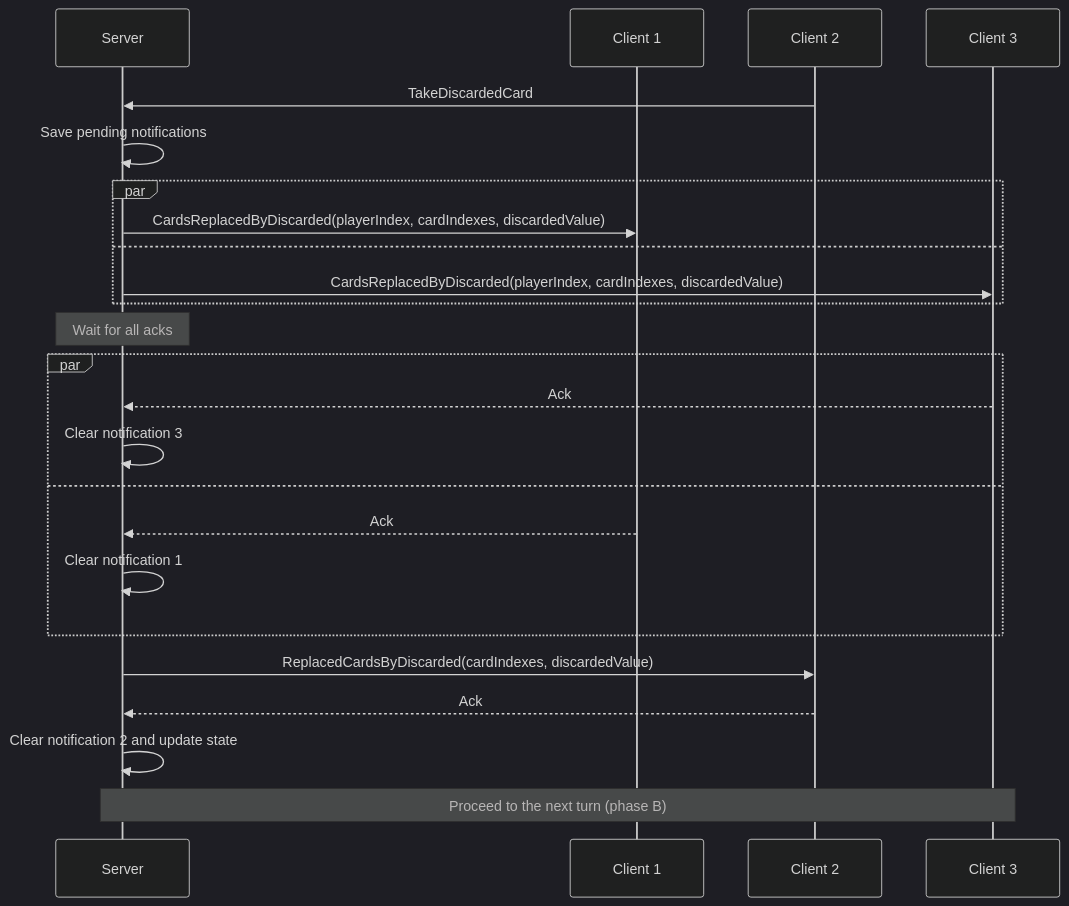
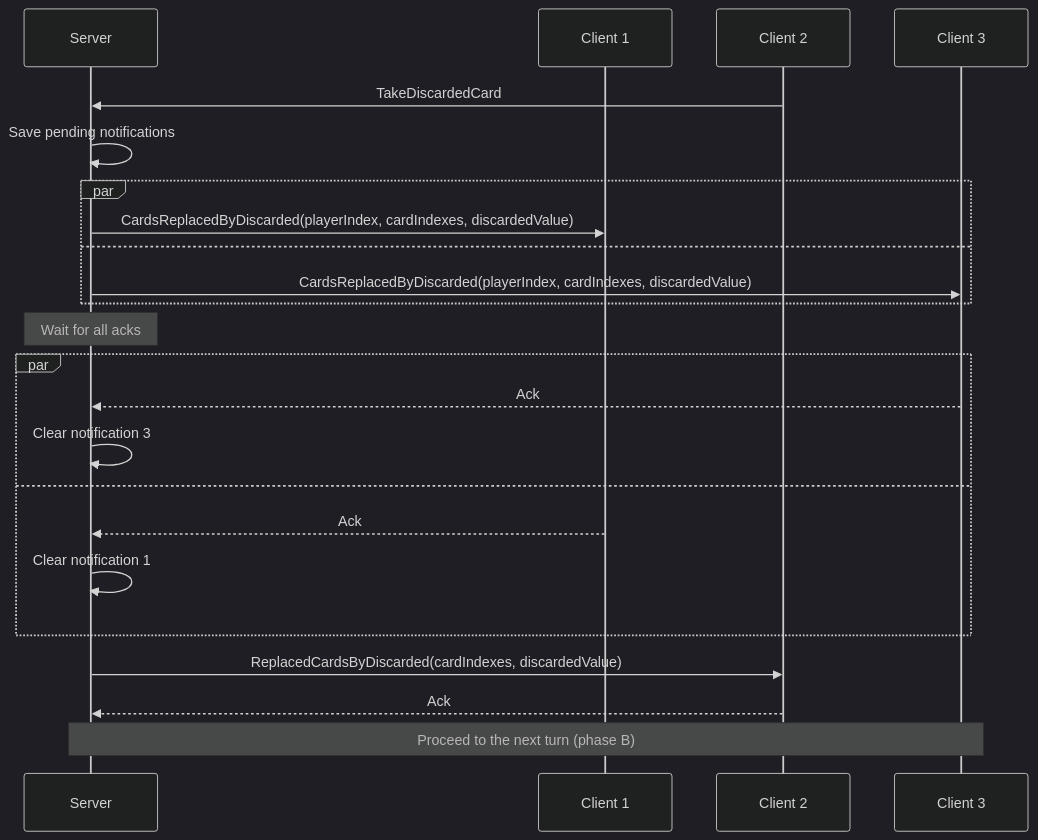
One commit to roman-zubarevich/another changed diagram 15 of 15 in README.md. Above: the diagram before and after it, drawn with Mermaid (dark theme). The commit also changed other lines of this file, not shown here.

````diff
--- a/README.md
+++ b/README.md
@@ -481,26 +454,25 @@
 ```mermaid
 sequenceDiagram
     participant S as Server
     participant C1 as Client 1
     participant C2 as Client 2
     participant C3 as Client 3
     C2->>S: TakeDiscardedCard
     S->>S: Save pending notifications
     par
         S->>C1: CardsReplacedByDiscarded(playerIndex, cardIndexes, discardedValue)
     and
         S->>C3: CardsReplacedByDiscarded(playerIndex, cardIndexes, discardedValue)
     end
     Note over S: Wait for all acks
     par
         C3-->>S: Ack
         S->>S: Clear notification 3
     and
         C1-->>S: Ack
         S->>S: Clear notification 1
     end
     S->>C2: ReplacedCardsByDiscarded(cardIndexes, discardedValue)
     C2-->>S: Ack
-    S->>S: Clear notification 2 and update state
     Note over S,C3: Proceed to the next turn (phase B)
 ```
````
